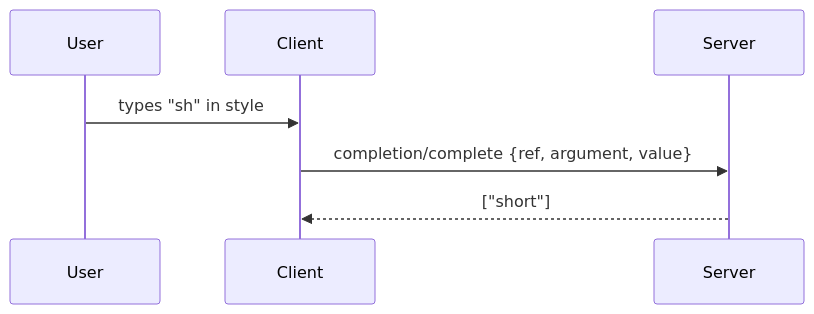
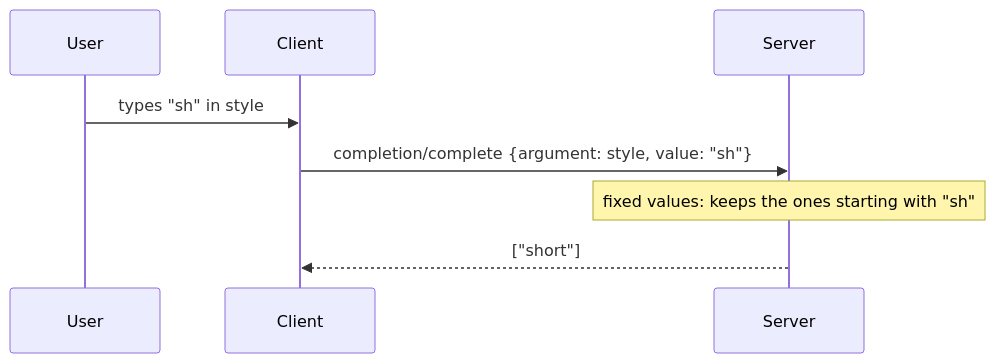
One commit to StevenCyb/GoMCP changed diagram 18 of 19 in README.md. Above: the diagram before and after it, drawn with Mermaid. The commit also changed other lines of this file and 20 other files, not shown here.

````diff
--- a/README.md
+++ b/README.md
@@ -669,9 +957,10 @@
 ```mermaid
 sequenceDiagram
     participant U as User
     participant C as Client
     participant S as Server
     U->>C: types "sh" in style
-    C->>S: completion/complete {ref, argument, value}
+    C->>S: completion/complete {argument: style, value: "sh"}
+    Note over S: fixed values: keeps the ones starting with "sh"
     S-->>C: ["short"]
 ```
````
